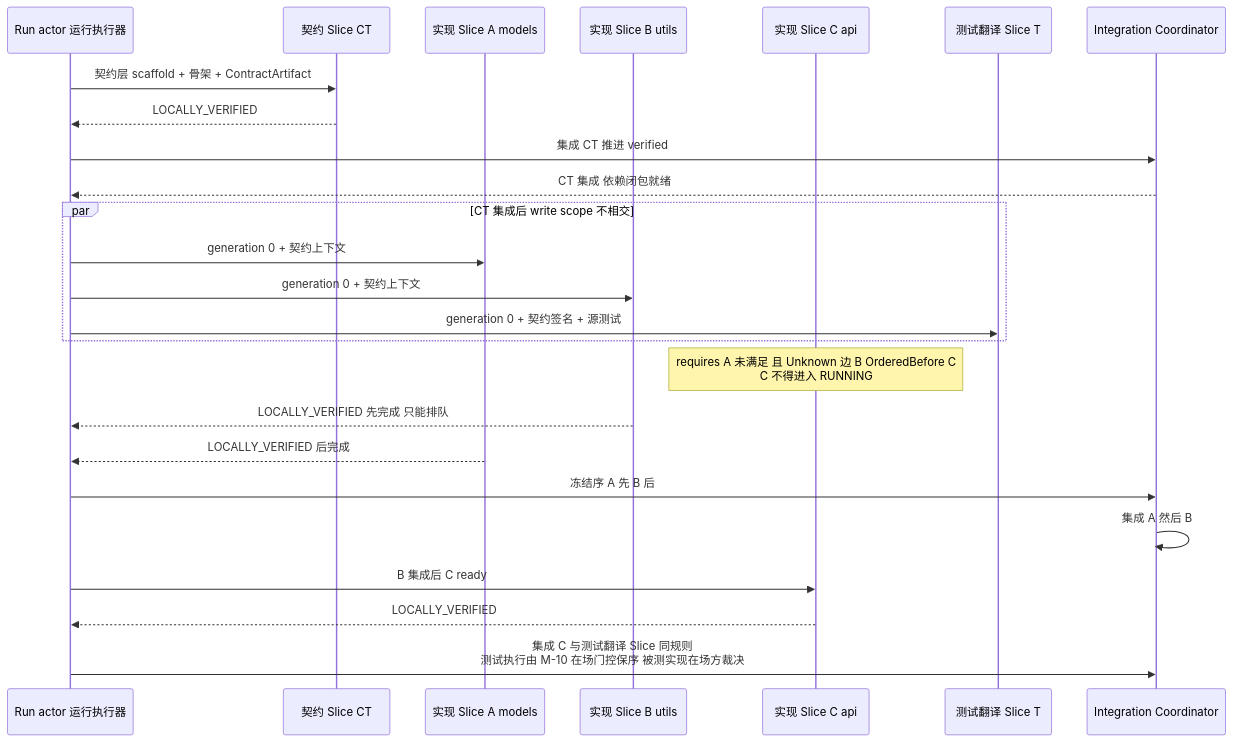
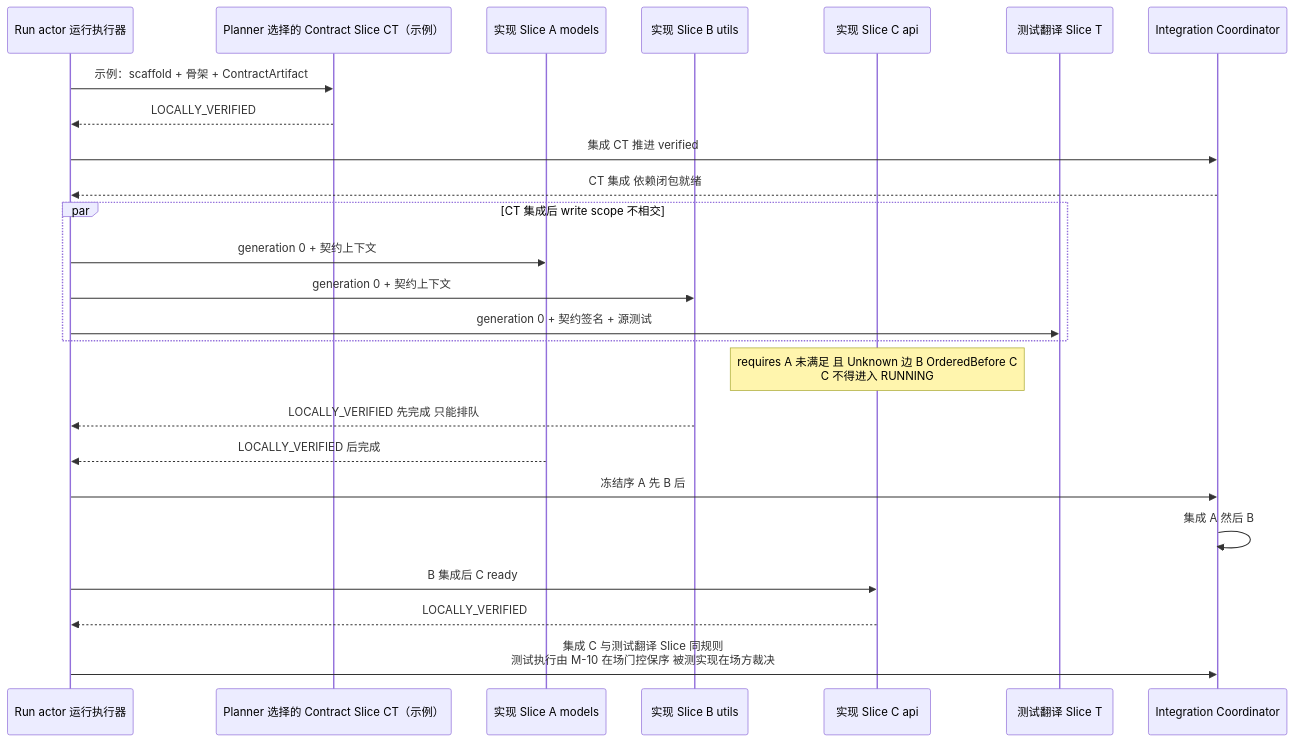
One commit to LT0X/CodeMigrator changed the second of 3 diagrams in my_space/codemigrator_design_doc/architecture_module_design/CodeMigrator_迁移计划生成器.md. Above: the diagram before and after it, drawn with Mermaid. The commit also changed other lines of this file and 55 other files, not shown here.

````diff
--- a/my_space/codemigrator_design_doc/architecture_module_design/CodeMigrator_迁移计划生成器.md
+++ b/my_space/codemigrator_design_doc/architecture_module_design/CodeMigrator_迁移计划生成器.md
@@ -145,27 +170,27 @@
 ```mermaid
 sequenceDiagram
     participant R as Run actor 运行执行器
-    participant WCT as 契约 Slice CT
+    participant WCT as Planner 选择的 Contract Slice CT（示例）
     participant WA as 实现 Slice A models
     participant WB as 实现 Slice B utils
     participant WC as 实现 Slice C api
     participant WT as 测试翻译 Slice T
     participant I as Integration Coordinator
-    R->>WCT: 契约层 scaffold + 骨架 + ContractArtifact
+    R->>WCT: 示例：scaffold + 骨架 + ContractArtifact
     WCT-->>R: LOCALLY_VERIFIED
     R->>I: 集成 CT 推进 verified
     I-->>R: CT 集成 依赖闭包就绪
     par CT 集成后 write scope 不相交
         R->>WA: generation 0 + 契约上下文
         R->>WB: generation 0 + 契约上下文
         R->>WT: generation 0 + 契约签名 + 源测试
     end
     Note over WC: requires A 未满足 且 Unknown 边 B OrderedBefore C<br/>C 不得进入 RUNNING
     WB-->>R: LOCALLY_VERIFIED 先完成 只能排队
     WA-->>R: LOCALLY_VERIFIED 后完成
     R->>I: 冻结序 A 先 B 后
     I->>I: 集成 A 然后 B
     R->>WC: B 集成后 C ready
     WC-->>R: LOCALLY_VERIFIED
     R->>I: 集成 C 与测试翻译 Slice 同规则<br/>测试执行由 M-10 在场门控保序 被测实现在场方裁决
 ```
````
